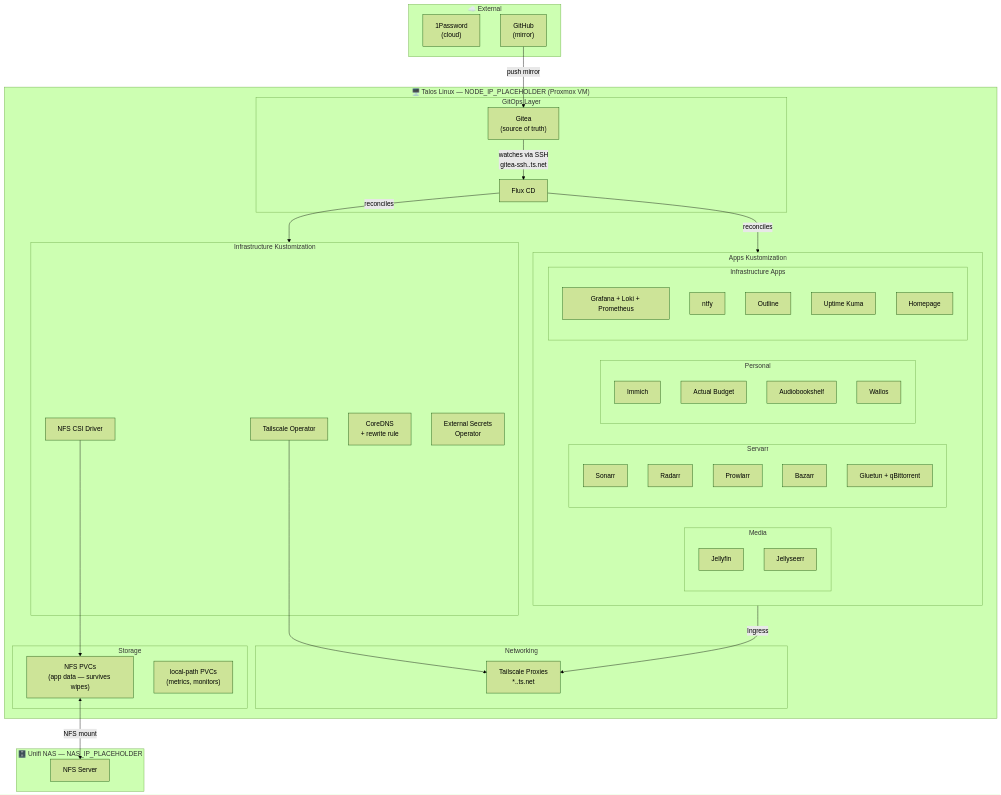
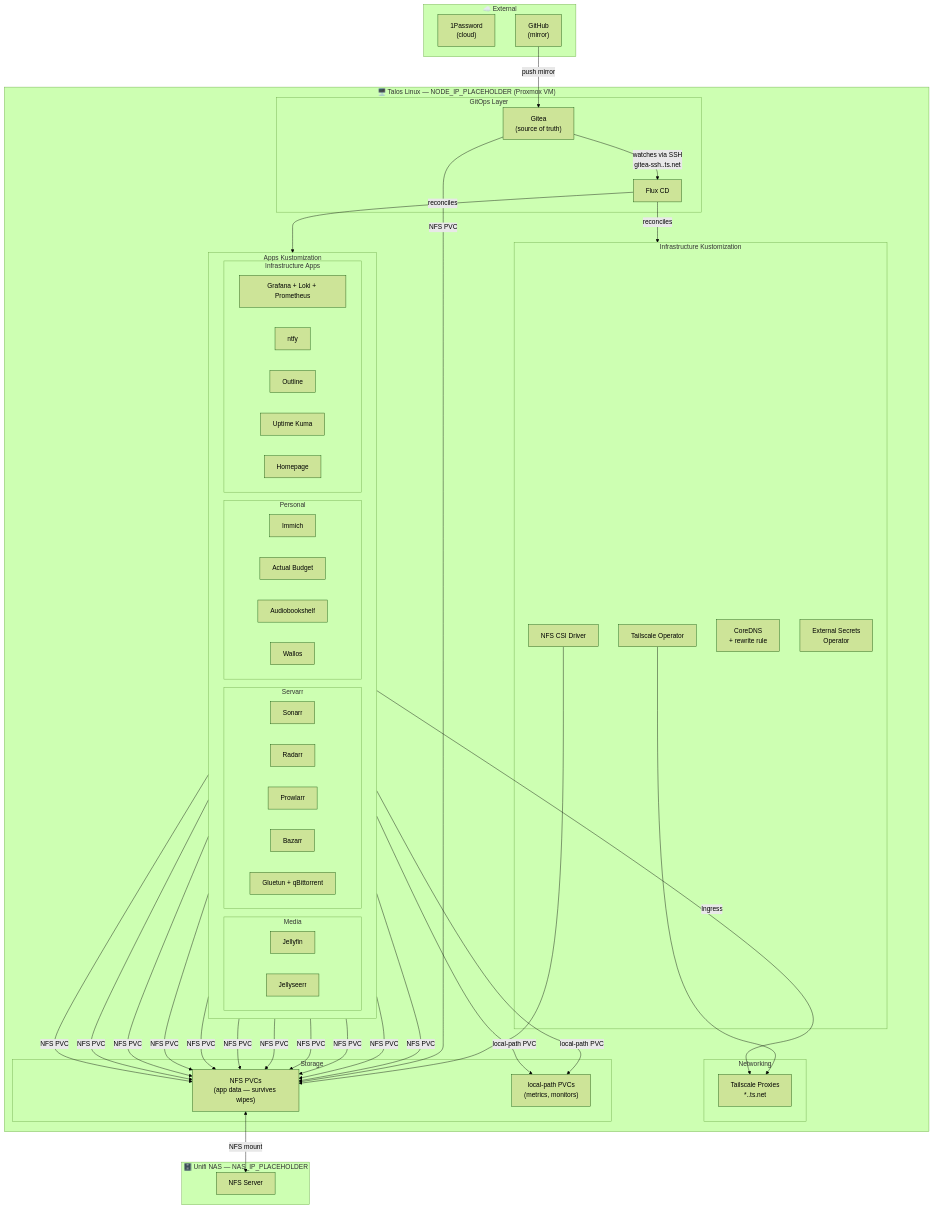
One commit to d-goncalves/talos-home changed the first of 3 diagrams in README.md. Above: the diagram before and after it, drawn with Mermaid (forest theme).

Commit message:
Show storage connections in architecture diagram
Add edges from apps to their respective storage (NFS PVCs for persistent
app data, local-path for metrics/monitors).

````diff
--- a/README.md
+++ b/README.md
@@ -47,72 +47,75 @@
 ```mermaid
 graph TB
     subgraph EXTERNAL["☁️ External"]
         OP["1Password\n(cloud)"]
         GH["GitHub\n(mirror)"]
     end
 
     subgraph NODE["🖥️ Talos Linux — NODE_IP_PLACEHOLDER (Proxmox VM)"]
 
         subgraph GITOPS["GitOps Layer"]
             GITEA["Gitea\n(source of truth)"]
             FLUX["Flux CD"]
             GITEA -->|"watches via SSH\ngitea-ssh.<tailnet>.ts.net"| FLUX
         end
 
         subgraph INFRA["Infrastructure Kustomization"]
             TS_OP["Tailscale Operator"]
             NFS_CSI["NFS CSI Driver"]
             COREDNS["CoreDNS\n+ rewrite rule"]
             ESO["External Secrets\nOperator"]
         end
 
         subgraph APPS["Apps Kustomization"]
             direction LR
             subgraph MEDIA["Media"]
                 JF["Jellyfin"]
                 JS["Jellyseerr"]
             end
             subgraph SERVARR_GRP["Servarr"]
                 SN["Sonarr"]
                 RD["Radarr"]
                 PR["Prowlarr"]
                 BZ["Bazarr"]
                 GL["Gluetun + qBittorrent"]
             end
             subgraph PERSONAL["Personal"]
                 IM["Immich"]
                 AB["Actual Budget"]
                 ABS["Audiobookshelf"]
                 WL["Wallos"]
             end
             subgraph INFRA_APPS["Infrastructure Apps"]
                 GR["Grafana + Loki + Prometheus"]
                 NT["ntfy"]
                 OL["Outline"]
                 UK["Uptime Kuma"]
                 HP["Homepage"]
             end
         end
 
         subgraph NETWORK["Networking"]
             TS_PROXY["Tailscale Proxies\n*.<tailnet>.ts.net"]
             TS_OP --> TS_PROXY
         end
 
         subgraph STORAGE["Storage"]
             NFS_PVC["NFS PVCs\n(app data — survives wipes)"]
             LOCAL_PVC["local-path PVCs\n(metrics, monitors)"]
             NFS_CSI --> NFS_PVC
         end
     end
 
     subgraph NAS["🗄️ Unifi NAS — NAS_IP_PLACEHOLDER"]
         NFS_SRV["NFS Server"]
     end
 
     FLUX -->|"reconciles"| INFRA
     FLUX -->|"reconciles"| APPS
     GH -->|"push mirror"| GITEA
     NFS_PVC <-->|"NFS mount"| NFS_SRV
     APPS -->|"Ingress"| TS_PROXY
+
+    JF & SN & RD & PR & BZ & GL & IM & AB & ABS & WL & OL & GITEA -->|"NFS PVC"| NFS_PVC
+    GR & UK -->|"local-path PVC"| LOCAL_PVC
 ```
````
